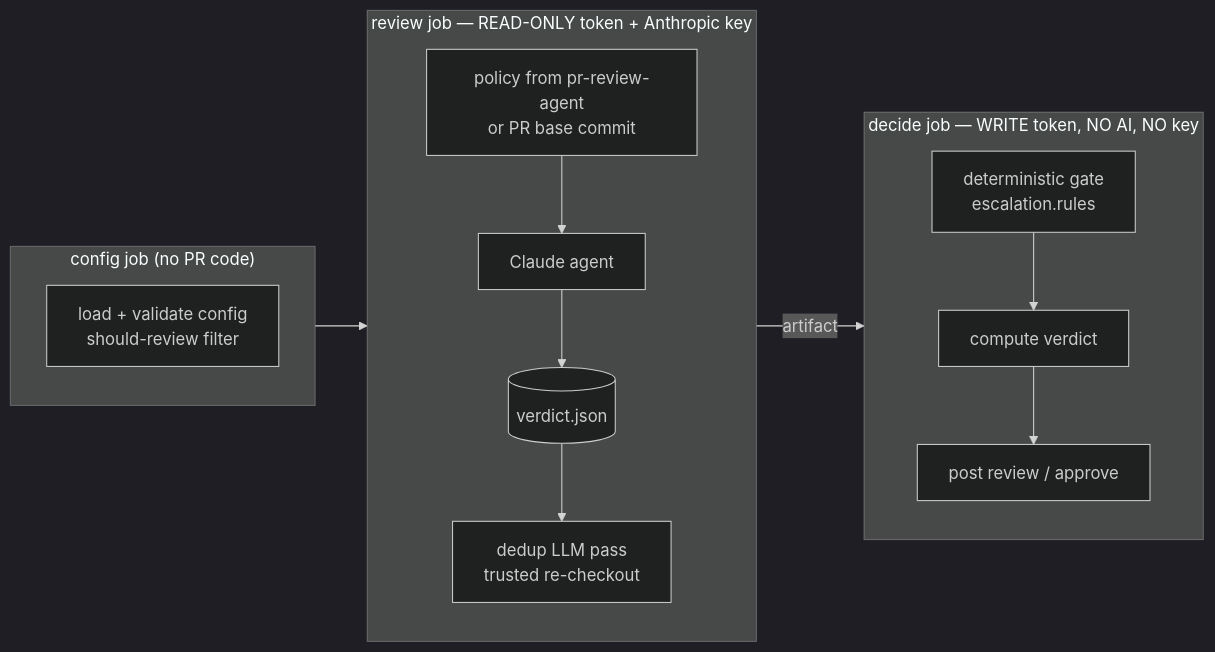
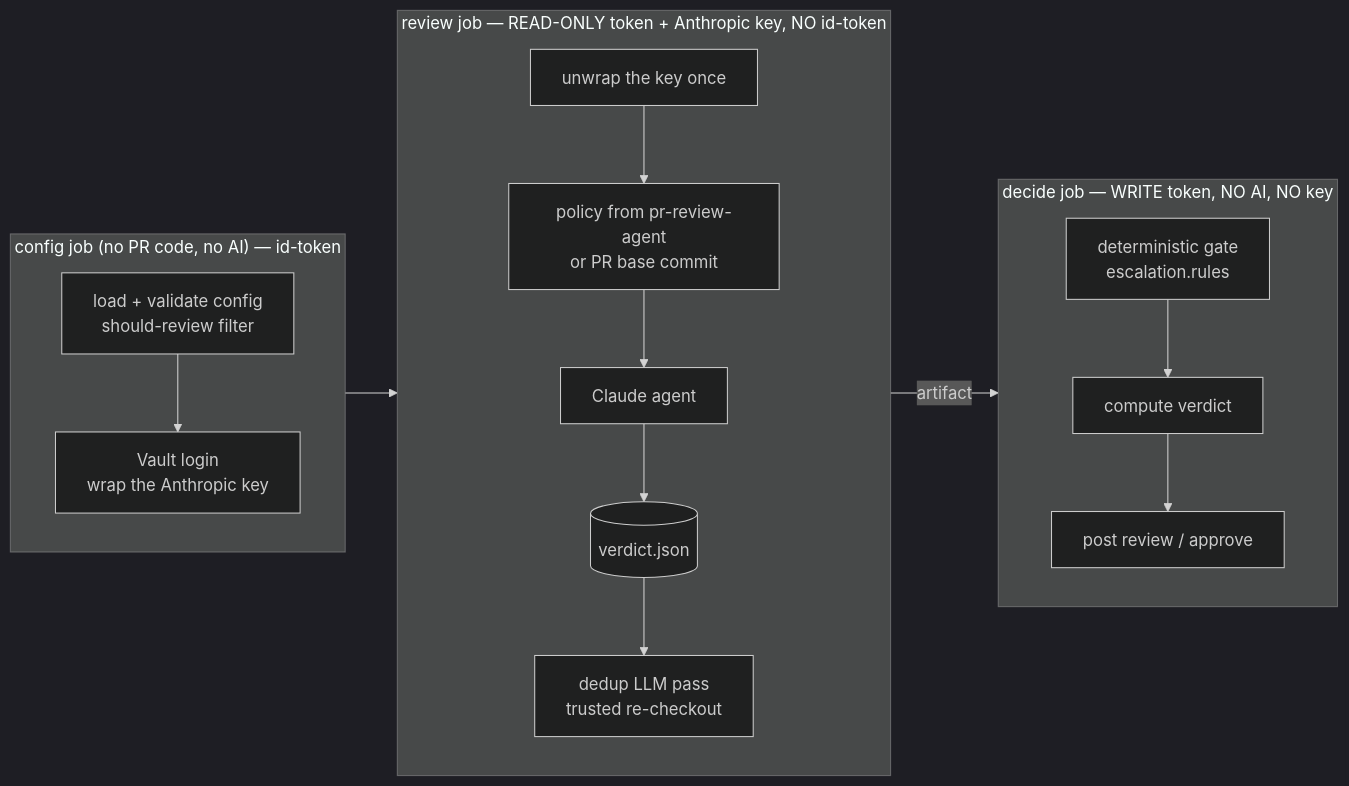
One commit to camunda/pr-review-agent changed the diagram in docs/security-model.md. Above: the diagram before and after it, drawn with Mermaid (dark theme). The commit also changed other lines of this file and 8 other files, not shown here.

````diff
--- a/docs/security-model.md
+++ b/docs/security-model.md
@@ -6,14 +6,14 @@
 ```mermaid
 flowchart LR
-  subgraph config["config job (no PR code)"]
-    C[load + validate config<br/>should-review filter]
+  subgraph config["config job (no PR code, no AI) — id-token"]
+    C[load + validate config<br/>should-review filter] --> W[Vault login<br/>wrap the Anthropic key]
   end
-  subgraph review["review job — READ-ONLY token + Anthropic key"]
-    P[policy from pr-review-agent<br/>or PR base commit] --> A[Claude agent] --> V[(verdict.json)]
+  subgraph review["review job — READ-ONLY token + Anthropic key, NO id-token"]
+    U[unwrap the key once] --> P[policy from pr-review-agent<br/>or PR base commit] --> A[Claude agent] --> V[(verdict.json)]
     V --> D[dedup LLM pass<br/>trusted re-checkout]
   end
   subgraph decide["decide job — WRITE token, NO AI, NO key"]
     G[deterministic gate<br/>escalation.rules] --> F[compute verdict] --> R[post review / approve]
   end
   config --> review -->|artifact| decide
 ```
````
